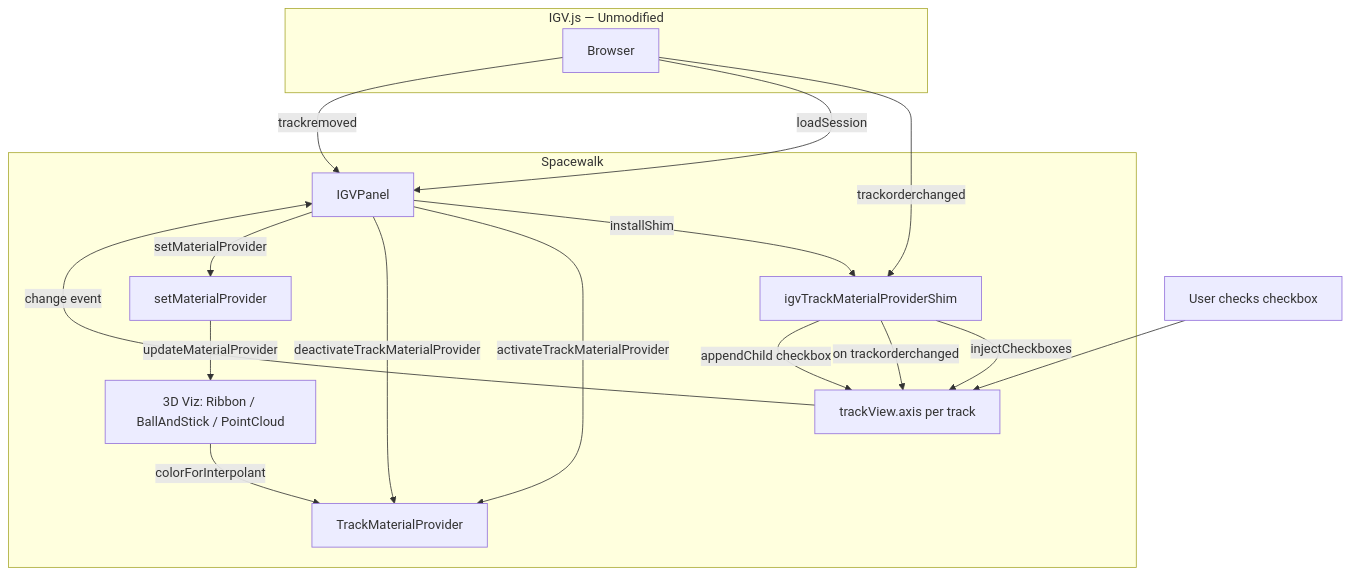
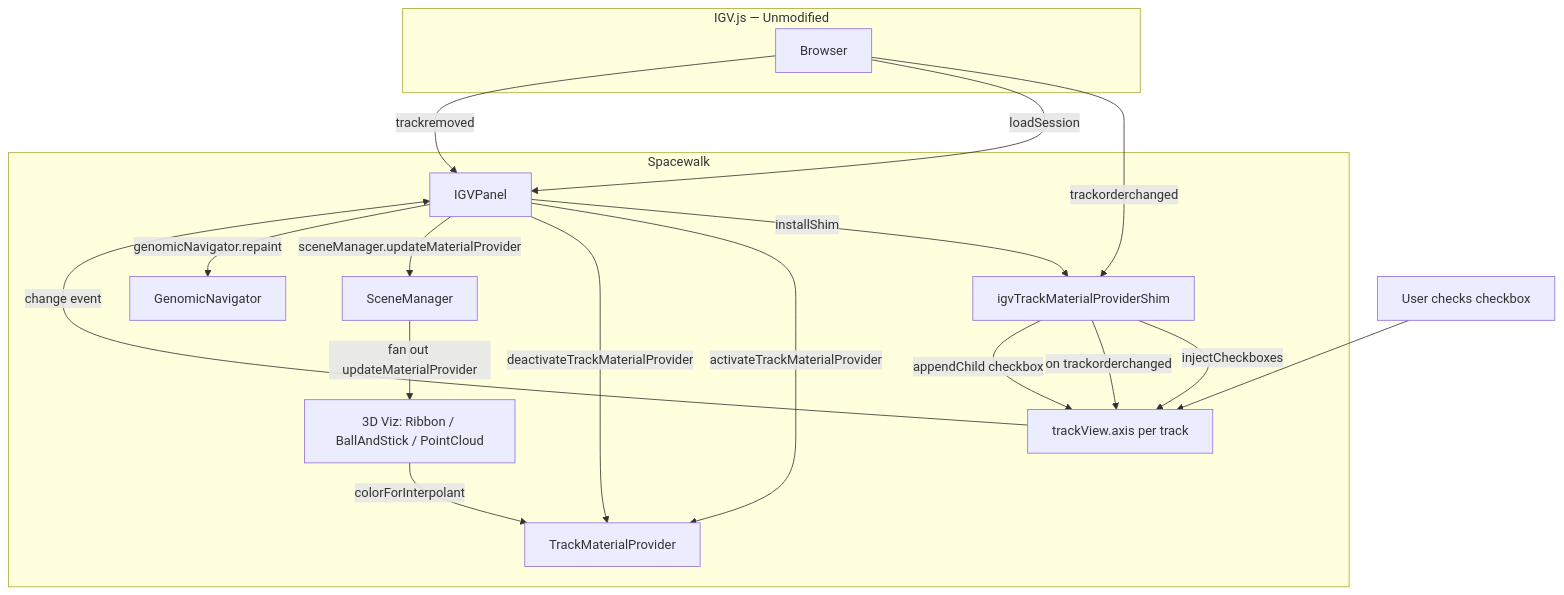
The first of 6 diagrams in development-notes/interaction-diagram-spacewalk-igv.md (aidenlab/spacewalk), drawn with Mermaid before and after one commit. The commit also changed other lines of this file and 6 other files, not shown here.

First line of the commit message:
docs: post Phase 3 architecture diagram pass

````diff
--- a/development-notes/interaction-diagram-spacewalk-igv.md
+++ b/development-notes/interaction-diagram-spacewalk-igv.md
@@ -11,32 +13,34 @@
 ```mermaid
 %%{init: {'themeVariables': {'fontSize': '18px', 'fontFamily': 'arial'}, 'flowchart': {'nodeSpacing': 60, 'rankSpacing': 50}}}}%%
 flowchart TB
     subgraph Spacewalk["Spacewalk"]
         IGVPanel[IGVPanel]
         Shim[igvTrackMaterialProviderShim]
         TMP[TrackMaterialProvider]
-        SetMP[setMaterialProvider]
+        SM[SceneManager]
+        GN[GenomicNavigator]
         VIZ[3D Viz: Ribbon / BallAndStick / PointCloud]
 
         IGVPanel -->|installShim| Shim
         Shim -->|injectCheckboxes| Axis
         Shim -->|on trackorderchanged| Axis
         IGVPanel -->|activateTrackMaterialProvider| TMP
         IGVPanel -->|deactivateTrackMaterialProvider| TMP
-        IGVPanel -->|setMaterialProvider| SetMP
-        SetMP -->|updateMaterialProvider| VIZ
+        IGVPanel -->|sceneManager.updateMaterialProvider| SM
+        IGVPanel -->|genomicNavigator.repaint| GN
+        SM -->|fan out updateMaterialProvider| VIZ
         VIZ -->|colorForInterpolant| TMP
     end
 
     subgraph IGVJS["IGV.js — Unmodified"]
         Axis[trackView.axis per track]
         Browser[Browser]
     end
 
     User[User checks checkbox] --> Axis
     Shim -->|appendChild checkbox| Axis
     Axis -->|change event| IGVPanel
     Browser -->|trackorderchanged| Shim
     Browser -->|loadSession| IGVPanel
     Browser -->|trackremoved| IGVPanel
 ```
````
